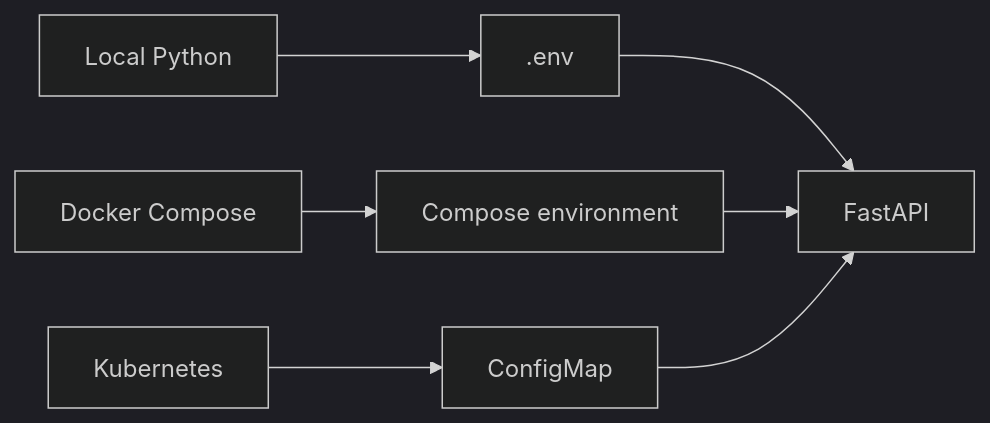
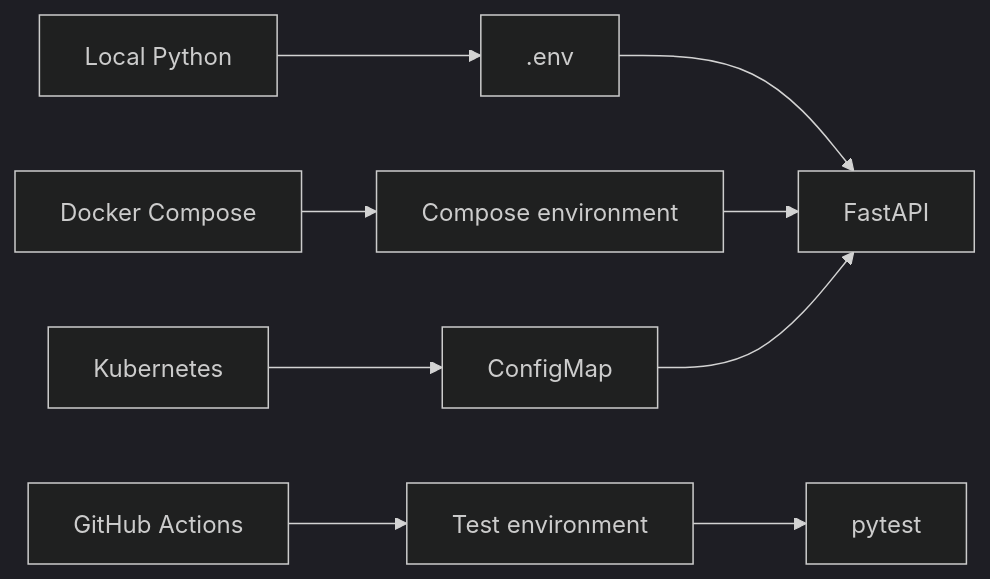
One commit to JakubSx01/Todo_DevOps_project changed the fifth of 5 diagrams in README.md. Above: the diagram before and after it, drawn with Mermaid (dark theme). The commit also changed other lines of this file, not shown here.

````diff
--- a/README.md
+++ b/README.md
@@ -197,10 +265,12 @@
 ```mermaid
 flowchart LR
     LOCAL[Local Python] --> ENV[.env]
     COMPOSE[Docker Compose] --> COMPOSE_ENV[Compose environment]
     K8S[Kubernetes] --> CONFIGMAP[ConfigMap]
+    CI[GitHub Actions] --> CI_ENV[Test environment]
 
     ENV --> APP[FastAPI]
     COMPOSE_ENV --> APP
     CONFIGMAP --> APP
+    CI_ENV --> TESTS[pytest]
 ```
````
